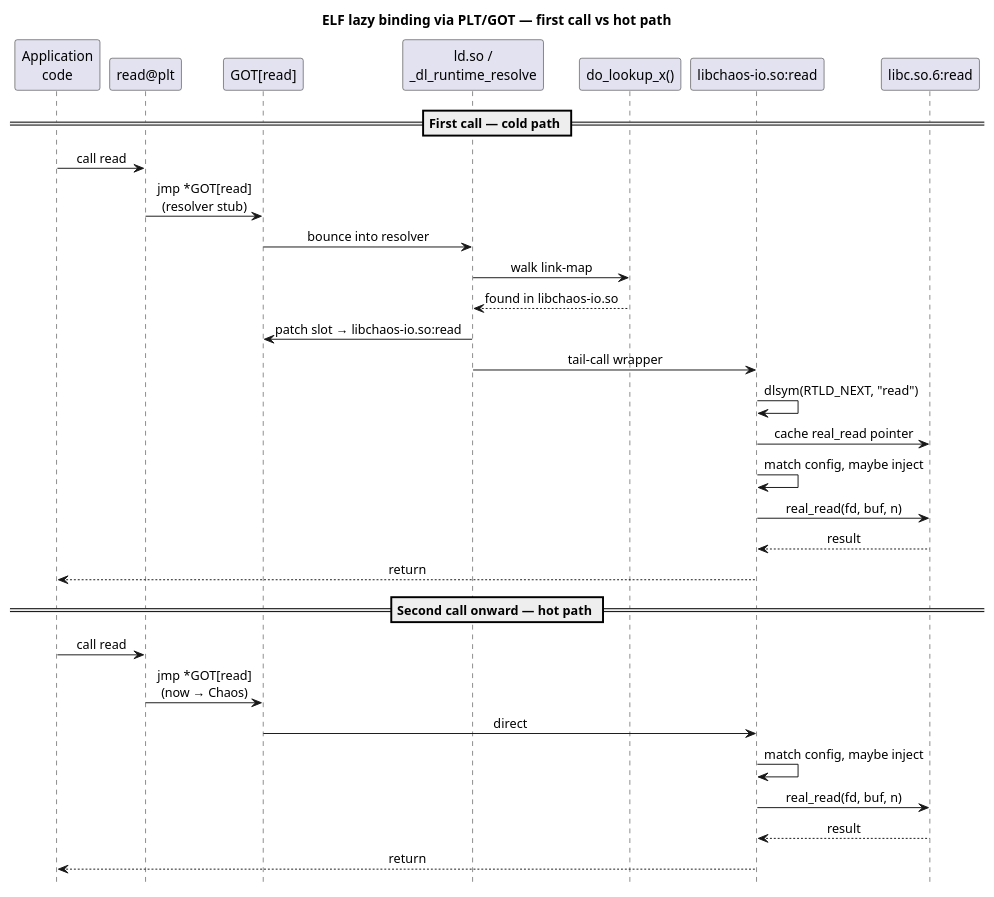
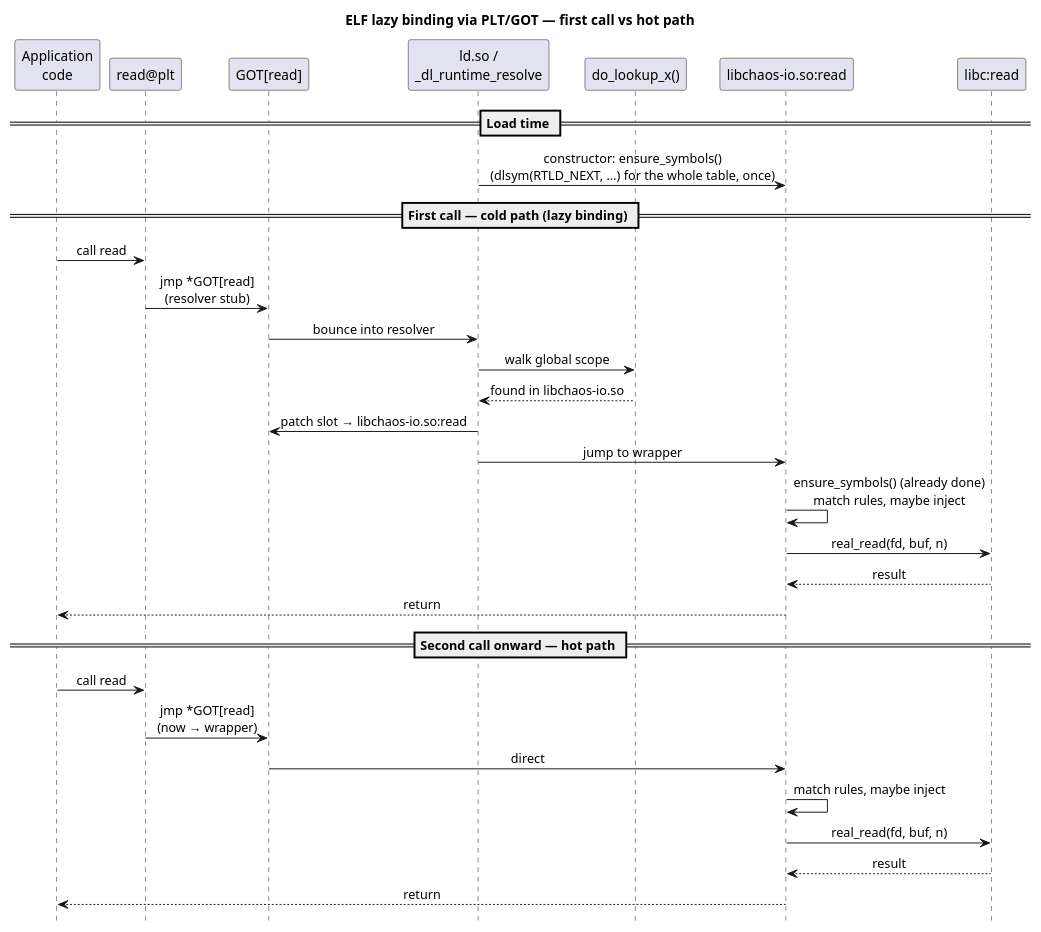
Before and after one commit to macstab/macstab-chaos-testing-libraries: the first of 2 diagrams in docs/PLATFORM.md, drawn with PlantUML. The commit also changed other lines of this file and 14 other files, not shown here.

Commit message:
docs: rewrite architecture, safety, platform and engineering docs; redraw diagrams

````diff
--- a/docs/PLATFORM.md
+++ b/docs/PLATFORM.md
@@ -98,42 +128,43 @@
 ```plantuml
 @startuml
 title ELF lazy binding via PLT/GOT — first call vs hot path
 
 skinparam sequenceMessageAlign center
 skinparam shadowing false
 hide footbox
 
 participant "Application\ncode"            as App
 participant "read@plt"                     as PLT
 participant "GOT[read]"                    as GOT
 participant "ld.so /\n_dl_runtime_resolve" as Ldso
 participant "do_lookup_x()"                as Lookup
 participant "libchaos-io.so:read"          as Chaos
-participant "libc.so.6:read"               as Glibc
+participant "libc:read"                    as Glibc
 
-== First call — cold path ==
+== Load time ==
+Ldso   ->  Chaos  : constructor: ensure_symbols()\n(dlsym(RTLD_NEXT, …) for the whole table, once)
+
+== First call — cold path (lazy binding) ==
 App    ->  PLT    : call read
 PLT    ->  GOT    : jmp *GOT[read]\n(resolver stub)
 GOT    ->  Ldso   : bounce into resolver
-Ldso   ->  Lookup : walk link-map
+Ldso   ->  Lookup : walk global scope
 Lookup --> Ldso   : found in libchaos-io.so
 Ldso   ->  GOT    : patch slot → libchaos-io.so:read
-Ldso   ->  Chaos  : tail-call wrapper
-Chaos  ->  Chaos  : dlsym(RTLD_NEXT, "read")
-Chaos  ->  Glibc  : cache real_read pointer
-Chaos  ->  Chaos  : match config, maybe inject
+Ldso   ->  Chaos  : jump to wrapper
+Chaos  ->  Chaos  : ensure_symbols() (already done)\nmatch rules, maybe inject
 Chaos  ->  Glibc  : real_read(fd, buf, n)
 Glibc  --> Chaos  : result
 Chaos  --> App    : return
 
 == Second call onward — hot path ==
 App    ->  PLT    : call read
-PLT    ->  GOT    : jmp *GOT[read]\n(now → Chaos)
+PLT    ->  GOT    : jmp *GOT[read]\n(now → wrapper)
 GOT    ->  Chaos  : direct
-Chaos  ->  Chaos  : match config, maybe inject
+Chaos  ->  Chaos  : match rules, maybe inject
 Chaos  ->  Glibc  : real_read(fd, buf, n)
 Glibc  --> Chaos  : result
 Chaos  --> App    : return
 
 @enduml
 ```
````
